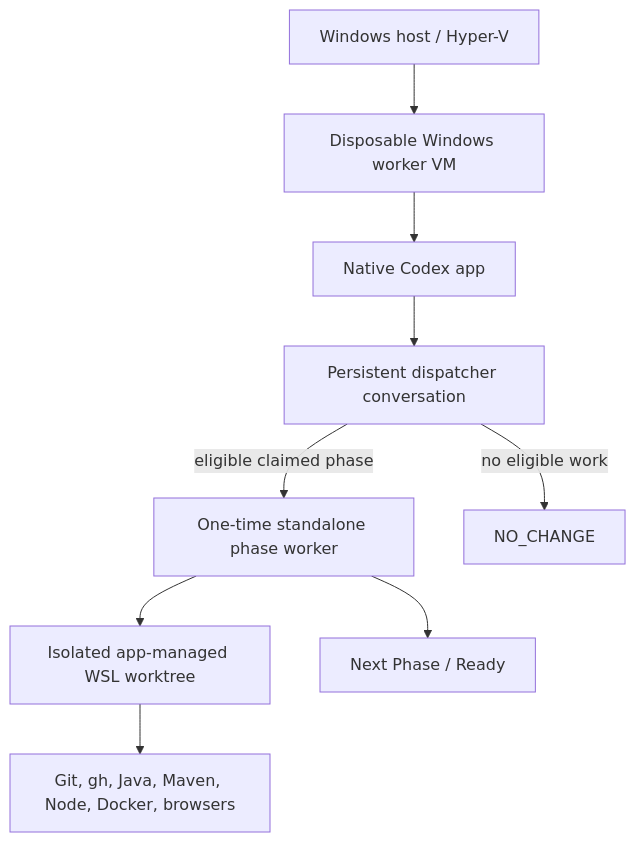
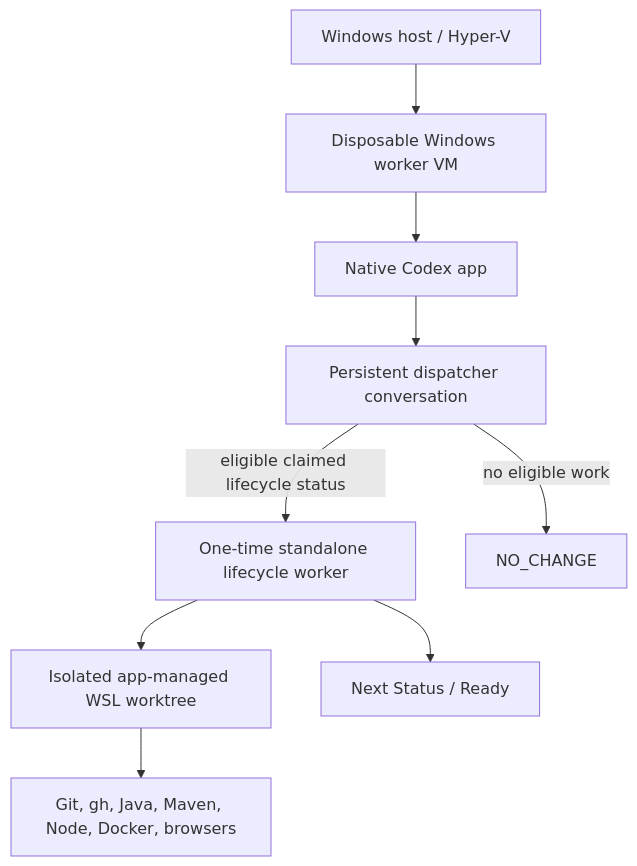
One commit to sniffy/sniffy changed the diagram in docs/local-codex-worker.md. Above: the diagram before and after it, drawn with Mermaid. The commit also changed other lines of this file, not shown here.

Commit message:
Update app-native Local Codex lifecycle fields

````diff
--- a/docs/local-codex-worker.md
+++ b/docs/local-codex-worker.md
@@ -13,11 +13,11 @@
 ```mermaid
 flowchart TD
     Host["Windows host / Hyper-V"] --> VM["Disposable Windows worker VM"]
     VM --> App["Native Codex app"]
     App --> Dispatcher["Persistent dispatcher conversation"]
-    Dispatcher -->|"eligible claimed phase"| Worker["One-time standalone phase worker"]
+    Dispatcher -->|"eligible claimed lifecycle status"| Worker["One-time standalone lifecycle worker"]
     Dispatcher -->|"no eligible work"| NoOp["NO_CHANGE"]
     Worker --> Worktree["Isolated app-managed WSL worktree"]
     Worktree --> Tools["Git, gh, Java, Maven, Node, Docker, browsers"]
-    Worker --> Handoff["Next Phase / Ready"]
+    Worker --> Handoff["Next Status / Ready"]
 ```
````
